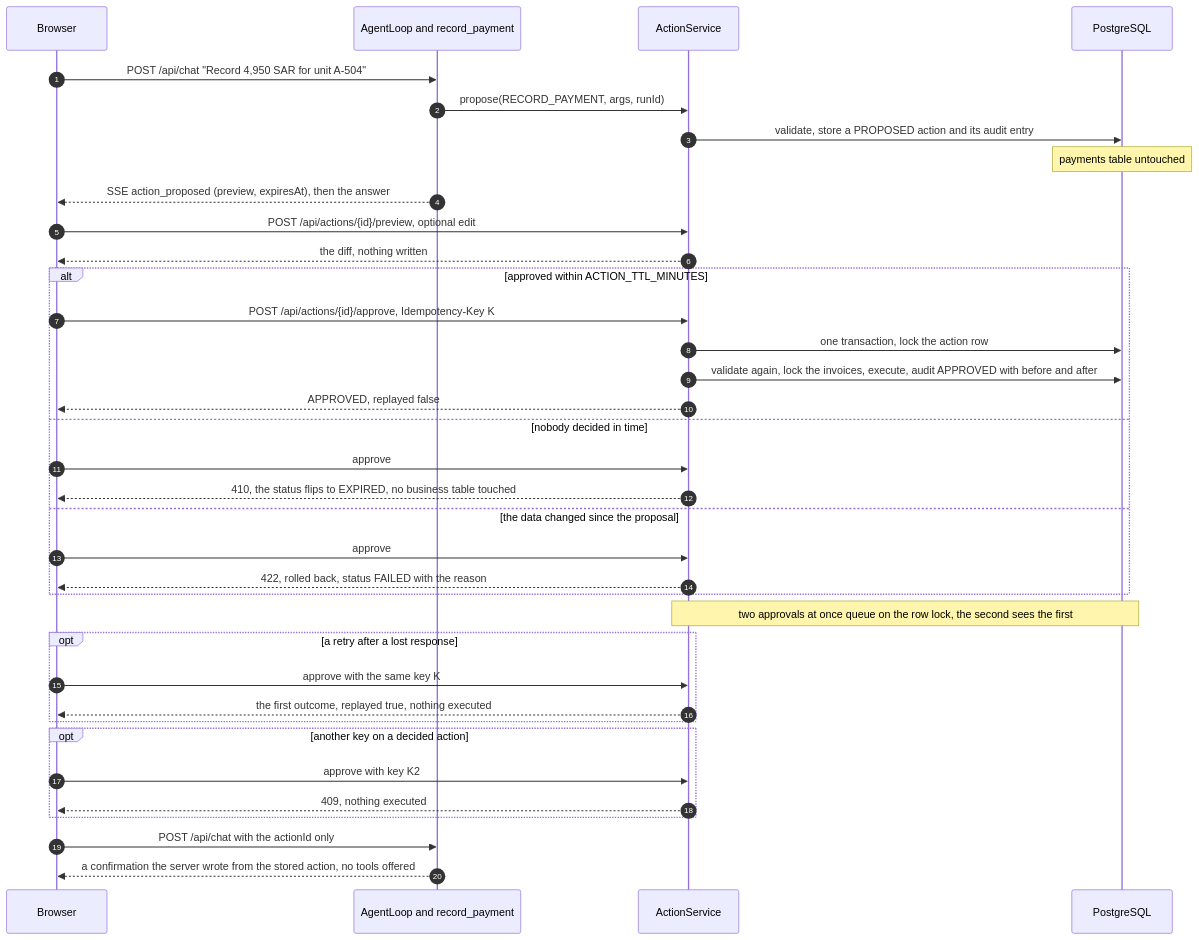
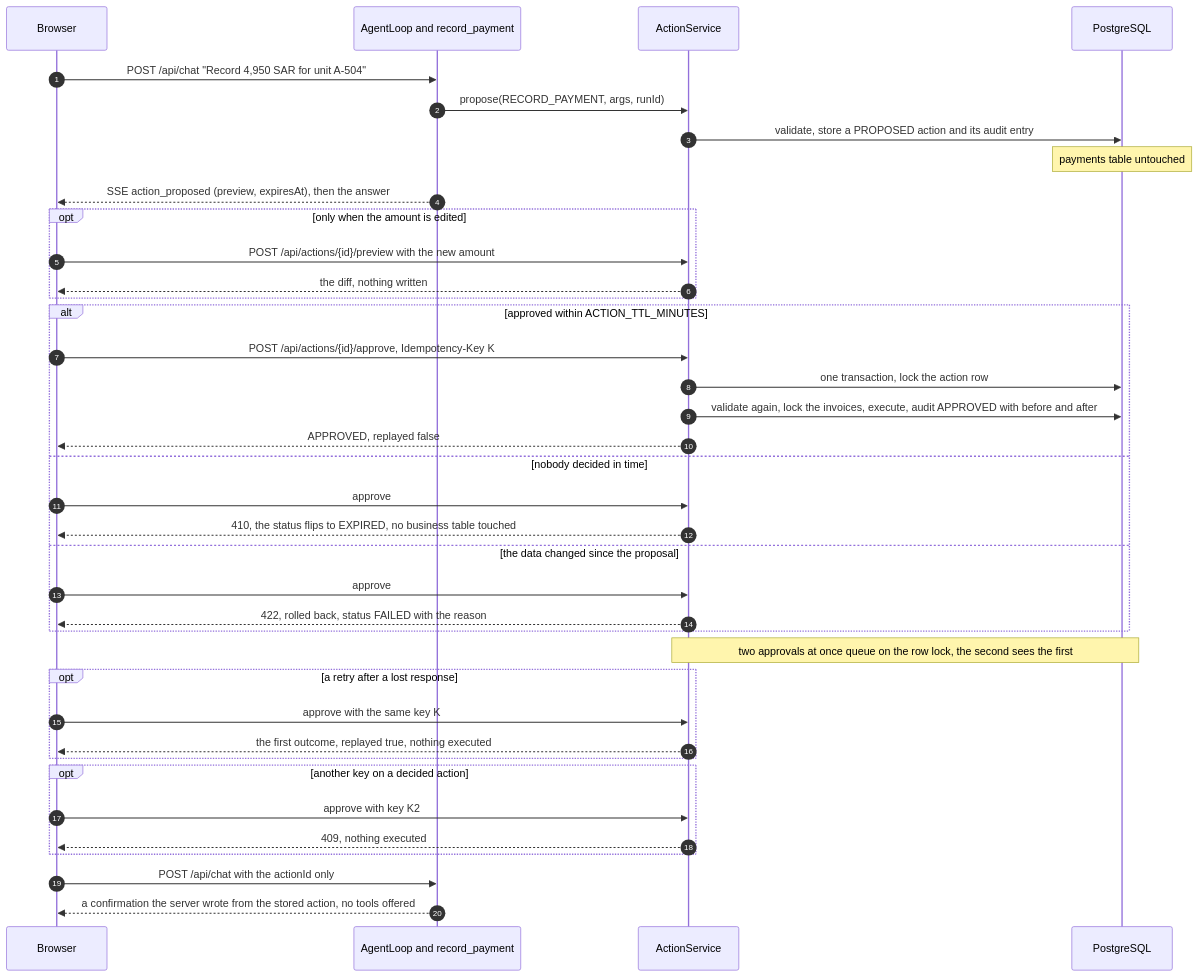
One commit to NguyenMinhDuc98/proppilot changed the second of 3 diagrams in README.md. Above: the diagram before and after it, drawn with Mermaid. The commit also changed other lines of this file, not shown here.

````diff
--- a/README.md
+++ b/README.md
@@ -101,39 +106,41 @@
 ```mermaid
 sequenceDiagram
     autonumber
     participant B as Browser
     participant A as AgentLoop and record_payment
     participant S as ActionService
     participant D as PostgreSQL
 
     B->>A: POST /api/chat "Record 4,950 SAR for unit A-504"
     A->>S: propose(RECORD_PAYMENT, args, runId)
     S->>D: validate, store a PROPOSED action and its audit entry
     Note over D: payments table untouched
     A-->>B: SSE action_proposed (preview, expiresAt), then the answer
-    B->>S: POST /api/actions/{id}/preview, optional edit
-    S-->>B: the diff, nothing written
+    opt only when the amount is edited
+        B->>S: POST /api/actions/{id}/preview with the new amount
+        S-->>B: the diff, nothing written
+    end
     alt approved within ACTION_TTL_MINUTES
         B->>S: POST /api/actions/{id}/approve, Idempotency-Key K
         S->>D: one transaction, lock the action row
         S->>D: validate again, lock the invoices, execute, audit APPROVED with before and after
         S-->>B: APPROVED, replayed false
     else nobody decided in time
         B->>S: approve
         S-->>B: 410, the status flips to EXPIRED, no business table touched
     else the data changed since the proposal
         B->>S: approve
         S-->>B: 422, rolled back, status FAILED with the reason
     end
     Note over S,D: two approvals at once queue on the row lock, the second sees the first
     opt a retry after a lost response
         B->>S: approve with the same key K
         S-->>B: the first outcome, replayed true, nothing executed
     end
     opt another key on a decided action
         B->>S: approve with key K2
         S-->>B: 409, nothing executed
     end
     B->>A: POST /api/chat with the actionId only
     A-->>B: a confirmation the server wrote from the stored action, no tools offered
 ```
````
